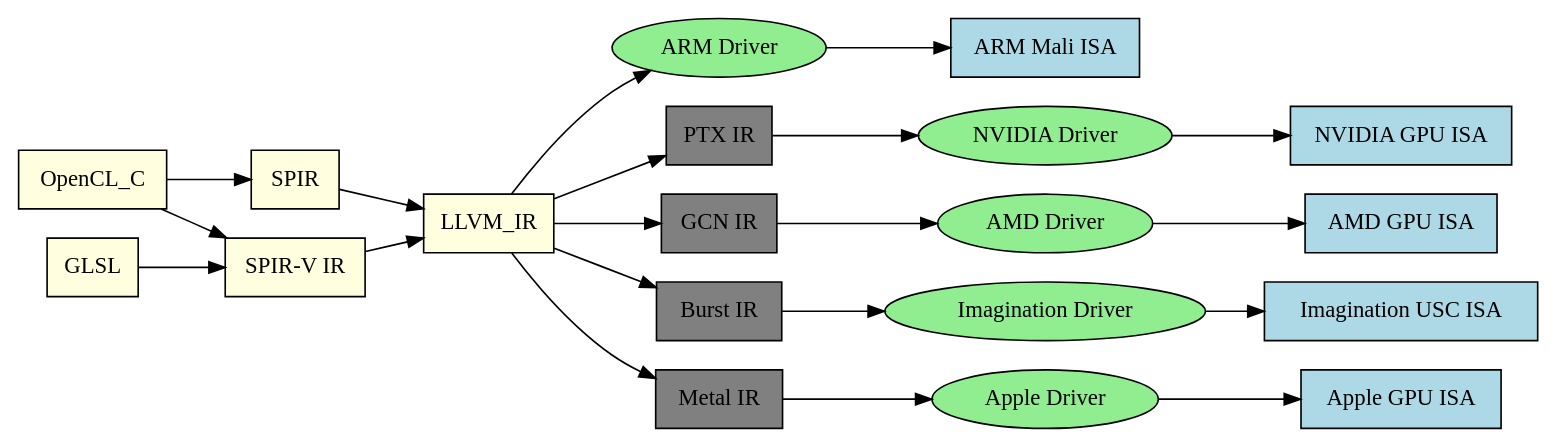
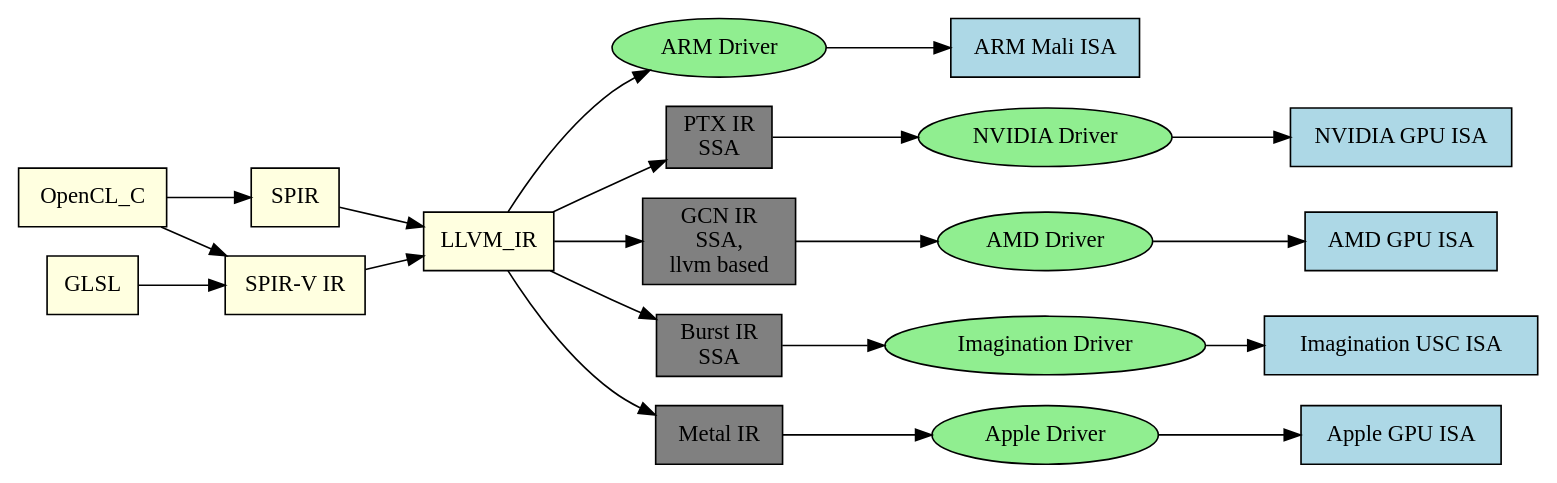
The diagram in Fig/sw/ogl-ocl-flow.gv (Jonathan2251/gpu), drawn with Graphviz before and after one commit. The commit also changed 5 other files, not shown here.

Commit message:
hw.rst: move section 'System Features – Buffers' to opengl.rst 'OpenGL Buffers' and refine it. sw.rst: refine section 'Unified IR Conversion Flows'.

```diff
--- a/Fig/sw/ogl-ocl-flow.gv
+++ b/Fig/sw/ogl-ocl-flow.gv
@@ -1,49 +1,49 @@
 digraph OpenCL_OpenGL_Compilation {
     rankdir=LR;
     node [shape=box];
 
     // Source Languages
     OpenCL_C [style=filled, fillcolor=lightyellow];
     GLSL [style=filled, fillcolor=lightyellow];
 
     // Shared IRs
     SPIR [style=filled, fillcolor=lightyellow];
     SPIRV [label="SPIR-V IR", style=filled, fillcolor=lightyellow];
     LLVM_IR [style=filled, fillcolor=lightyellow];
 
-    // Vendor Drivers
+   // Vendor Drivers
     node [shape=oval];
     "NVIDIA Driver" [style=filled, fillcolor=lightgreen];
     "AMD Driver" [style=filled, fillcolor=lightgreen];
     "ARM Driver" [style=filled, fillcolor=lightgreen];
     "Imagination Driver" [style=filled, fillcolor=lightgreen];
     "Apple Driver" [style=filled, fillcolor=lightgreen];
 
     // Private IRs
     node [shape=box];
-    "PTX IR" [style=filled, fillcolor=gray];
-    "GCN IR" [style=filled, fillcolor=gray];
-    "Burst IR" [style=filled, fillcolor=gray];
-    "Metal IR" [style=filled, fillcolor=gray];
+    PTX_IR [label="PTX IR\nSSA", style=filled, fillcolor=gray];
+    GCN_IR [label="GCN IR\nSSA, \nllvm based", style=filled, fillcolor=gray];
+    Burst_IR [label="Burst IR\nSSA", style=filled, fillcolor=gray];
+    Metal_IR [label="Metal IR" ,style=filled, fillcolor=gray];
 
     // GPU Targets
     "NVIDIA GPU ISA" [style=filled, fillcolor=lightblue];
     "AMD GPU ISA" [style=filled, fillcolor=lightblue];
     "ARM Mali ISA" [style=filled, fillcolor=lightblue];
     "Imagination USC ISA" [style=filled, fillcolor=lightblue];
     "Apple GPU ISA" [style=filled, fillcolor=lightblue];
 
     // OpenCL Flow
     OpenCL_C -> SPIR -> LLVM_IR;
     OpenCL_C -> SPIRV;
 
     // OpenGL Flow
     GLSL -> SPIRV -> LLVM_IR;
 
     // LLVM based Compilation Flow
-    LLVM_IR -> "PTX IR" -> "NVIDIA Driver" -> "NVIDIA GPU ISA";
-    LLVM_IR -> "GCN IR" -> "AMD Driver" -> "AMD GPU ISA";
+    LLVM_IR -> PTX_IR -> "NVIDIA Driver" -> "NVIDIA GPU ISA";
+    LLVM_IR -> GCN_IR -> "AMD Driver" -> "AMD GPU ISA";
     LLVM_IR -> "ARM Driver" -> "ARM Mali ISA";
-    LLVM_IR -> "Burst IR" -> "Imagination Driver" -> "Imagination USC ISA";
-    LLVM_IR -> "Metal IR" -> "Apple Driver" -> "Apple GPU ISA";
+    LLVM_IR -> Burst_IR -> "Imagination Driver" -> "Imagination USC ISA";
+    LLVM_IR -> Metal_IR -> "Apple Driver" -> "Apple GPU ISA";
 }
```
